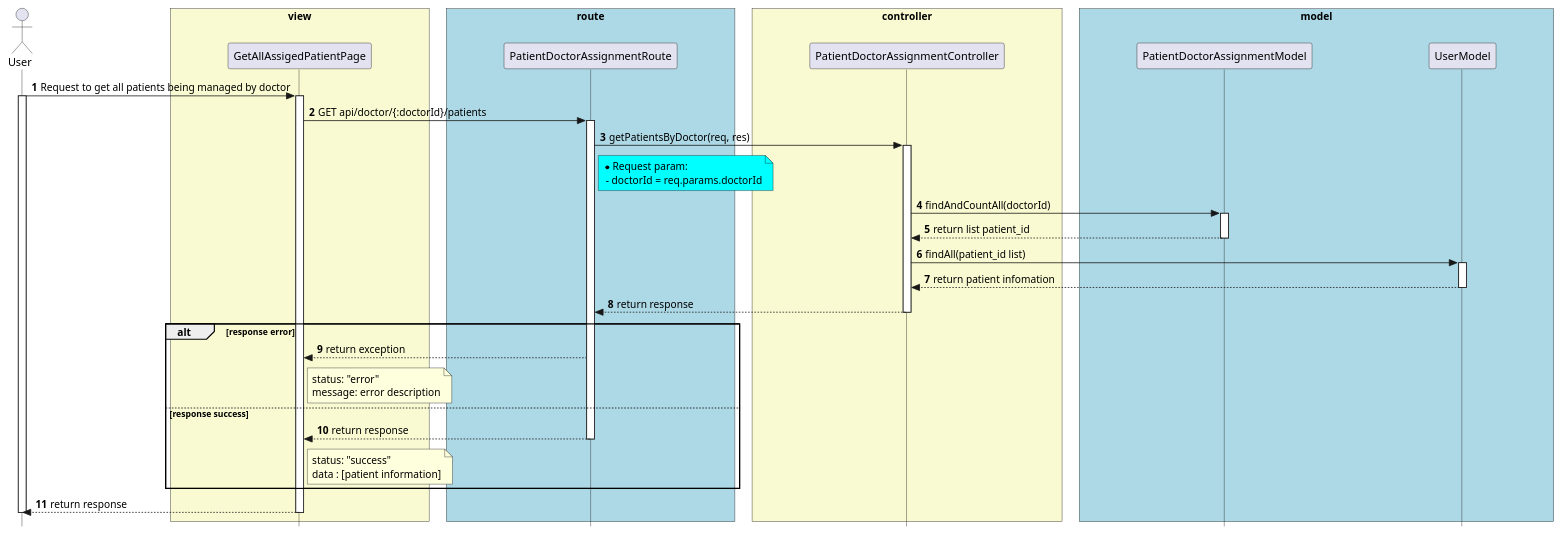
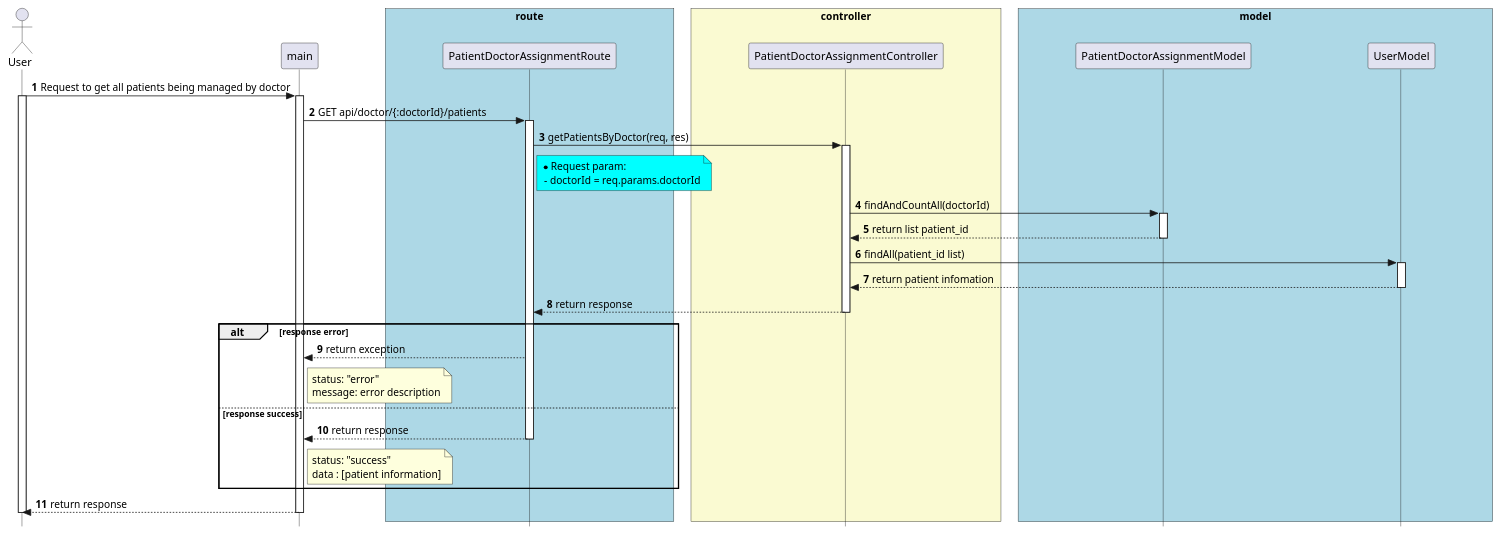
Before and after one commit to techcomrade/fmECG: the diagram in diagram/sequence/API/patientDoctorAssigment/getPatientsByDoctor.pu, drawn with PlantUML. The commit also changed 75 other files, not shown here.

```diff
--- a/diagram/sequence/API/patientDoctorAssigment/getPatientsByDoctor.pu
+++ b/diagram/sequence/API/patientDoctorAssigment/getPatientsByDoctor.pu
@@ -3,95 +3,93 @@
 @startuml
 
 
 skinparam style strictuml
 
 skinparam lifelineStrategy solid
 
 skinparam ParticipantPadding 70
 
 skinparam BoxPadding 10
 
 autonumber
 
 actor User as User
 
-box "view" #LightGoldenRodYellow
 
-participant GetAllAssigedPatientPage as GetAllAssigedPatientPage
+participant main as main
 
-end box
 
 box "route" #lightBlue
 
 participant PatientDoctorAssignmentRoute as PatientDoctorAssignmentRoute
 
 end box
 
 
 box "controller" #LightGoldenRodYellow
 participant PatientDoctorAssignmentController as PatientDoctorAssignmentController
 
 end box
 
 
 box "model" #lightBlue
 participant PatientDoctorAssignmentModel as PatientDoctorAssignmentModel
 participant UserModel as UserModel
 
 end box
 
 
-User -> GetAllAssigedPatientPage: Request to get all patients being managed by doctor
+User -> main: Request to get all patients being managed by doctor
 activate User
-activate GetAllAssigedPatientPage
+activate main
 
-GetAllAssigedPatientPage -> PatientDoctorAssignmentRoute: GET api/doctor/{:doctorId}/patients
+main -> PatientDoctorAssignmentRoute: GET api/doctor/{:doctorId}/patients
 activate PatientDoctorAssignmentRoute
 
 
 PatientDoctorAssignmentRoute -> PatientDoctorAssignmentController: getPatientsByDoctor(req, res)
 activate PatientDoctorAssignmentController
 
 note right of PatientDoctorAssignmentRoute #Aqua
   * Request param:
    - doctorId = req.params.doctorId
 end note
 
 PatientDoctorAssignmentController -> PatientDoctorAssignmentModel: findAndCountAll(doctorId)
 
 activate PatientDoctorAssignmentModel
 
 PatientDoctorAssignmentModel --> PatientDoctorAssignmentController: return list patient_id 
 
 deactivate PatientDoctorAssignmentModel
 
 
 PatientDoctorAssignmentController -> UserModel: findAll(patient_id list)
 activate UserModel
 UserModel --> PatientDoctorAssignmentController: return patient infomation
 deactivate UserModel
 
 PatientDoctorAssignmentController --> PatientDoctorAssignmentRoute: return response
 
 deactivate PatientDoctorAssignmentController
 
 alt response error
-  PatientDoctorAssignmentRoute --> GetAllAssigedPatientPage: return exception
-  note right of GetAllAssigedPatientPage
+  PatientDoctorAssignmentRoute --> main: return exception
+  note right of main
     status: "error"
     message: error description
   end note
 else response success
-  PatientDoctorAssignmentRoute --> GetAllAssigedPatientPage: return response
+  PatientDoctorAssignmentRoute --> main: return response
   deactivate PatientDoctorAssignmentRoute
 
-  note right of GetAllAssigedPatientPage
+  note right of main
     status: "success"
     data : [patient information]
   end note
 end
-GetAllAssigedPatientPage --> User: return response
-deactivate GetAllAssigedPatientPage
+main --> User: return response
+deactivate main
 deactivate User
 
 @enduml
```
